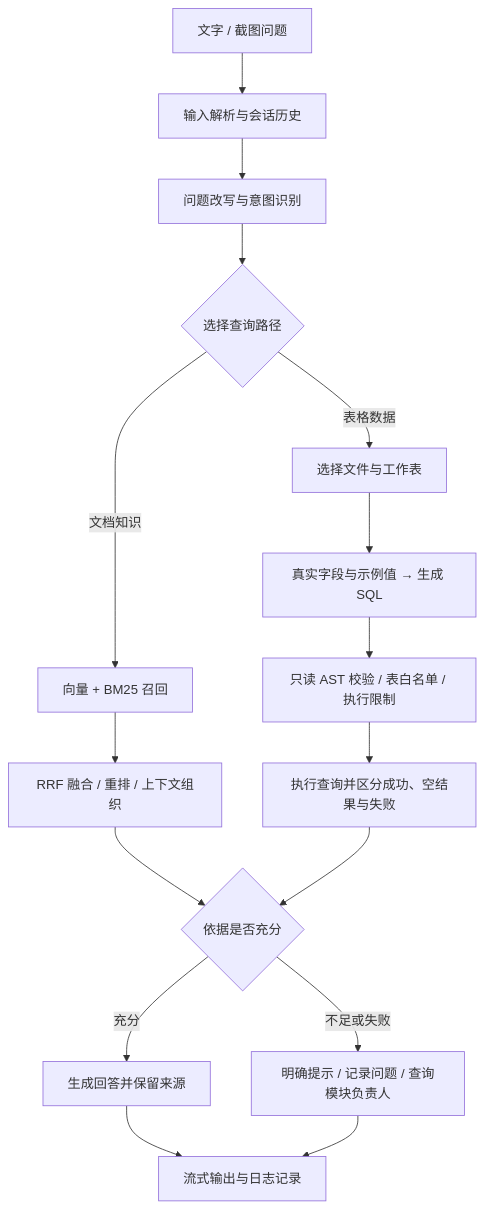
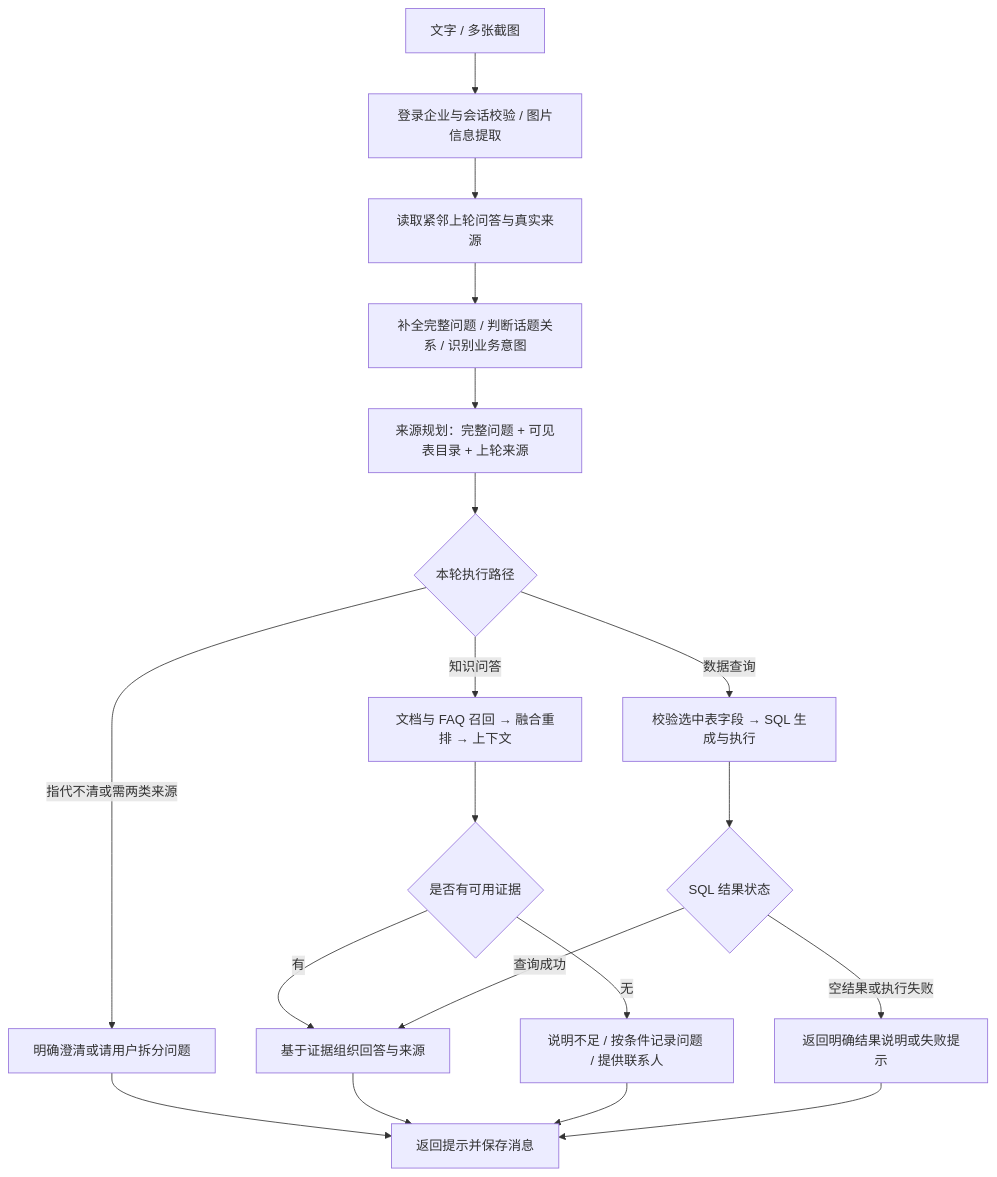
One commit to Yancyxiao/MES-MOM changed the second of 7 diagrams in README.md. Above: the diagram before and after it, drawn with Mermaid. The commit also changed other lines of this file and 6 other files, not shown here.

Commit message:
Refresh project showcase with current architecture and FAQ workflows

````diff
--- a/README.md
+++ b/README.md
@@ -147,18 +206,21 @@
 ```mermaid
 flowchart TD
-    A[文字 / 截图问题] --> B[输入解析与会话历史]
-    B --> C[问题改写与意图识别]
-    C --> D{选择查询路径}
-    D -->|文档知识| E[向量 + BM25 召回]
-    E --> F[RRF 融合 / 重排 / 上下文组织]
-    D -->|表格数据| G[选择文件与工作表]
-    G --> H[真实字段与示例值 → 生成 SQL]
-    H --> I[只读 AST 校验 / 表白名单 / 执行限制]
-    I --> J[执行查询并区分成功、空结果与失败]
-    F --> K{依据是否充分}
-    J --> K
-    K -->|充分| L[生成回答并保留来源]
-    K -->|不足或失败| M[明确提示 / 记录问题 / 查询模块负责人]
-    L --> N[流式输出与日志记录]
+    A["文字 / 多张截图"] --> B["登录企业与会话校验 / 图片信息提取"]
+    B --> C["读取紧邻上轮问答与真实来源"]
+    C --> D["补全完整问题 / 判断话题关系 / 识别业务意图"]
+    D --> E["来源规划：完整问题 + 可见表目录 + 上轮来源"]
+    E --> F{"本轮执行路径"}
+    F -->|知识问答| G["文档与 FAQ 召回 → 融合重排 → 上下文"]
+    F -->|数据查询| H["校验选中表字段 → SQL 生成与执行"]
+    F -->|指代不清或需两类来源| I["明确澄清或请用户拆分问题"]
+    G --> J{"是否有可用证据"}
+    H --> K{"SQL 结果状态"}
+    J -->|有| L["基于证据组织回答与来源"]
+    J -->|无| M["说明不足 / 按条件记录问题 / 提供联系人"]
+    K -->|查询成功| L
+    K -->|空结果或执行失败| P["返回明确结果说明或失败提示"]
+    I --> N["返回提示并保存消息"]
+    L --> N
     M --> N
+    P --> N
 ```
````
